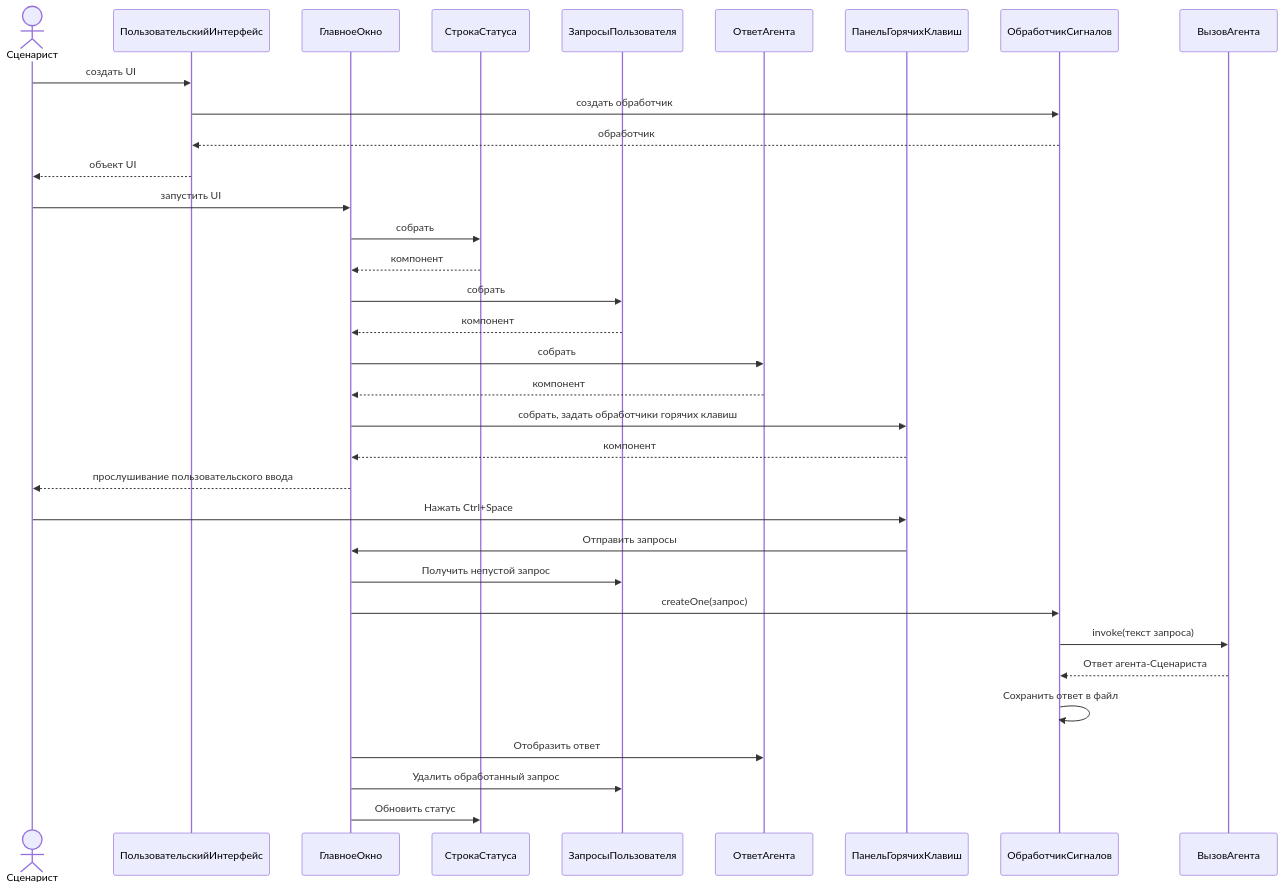
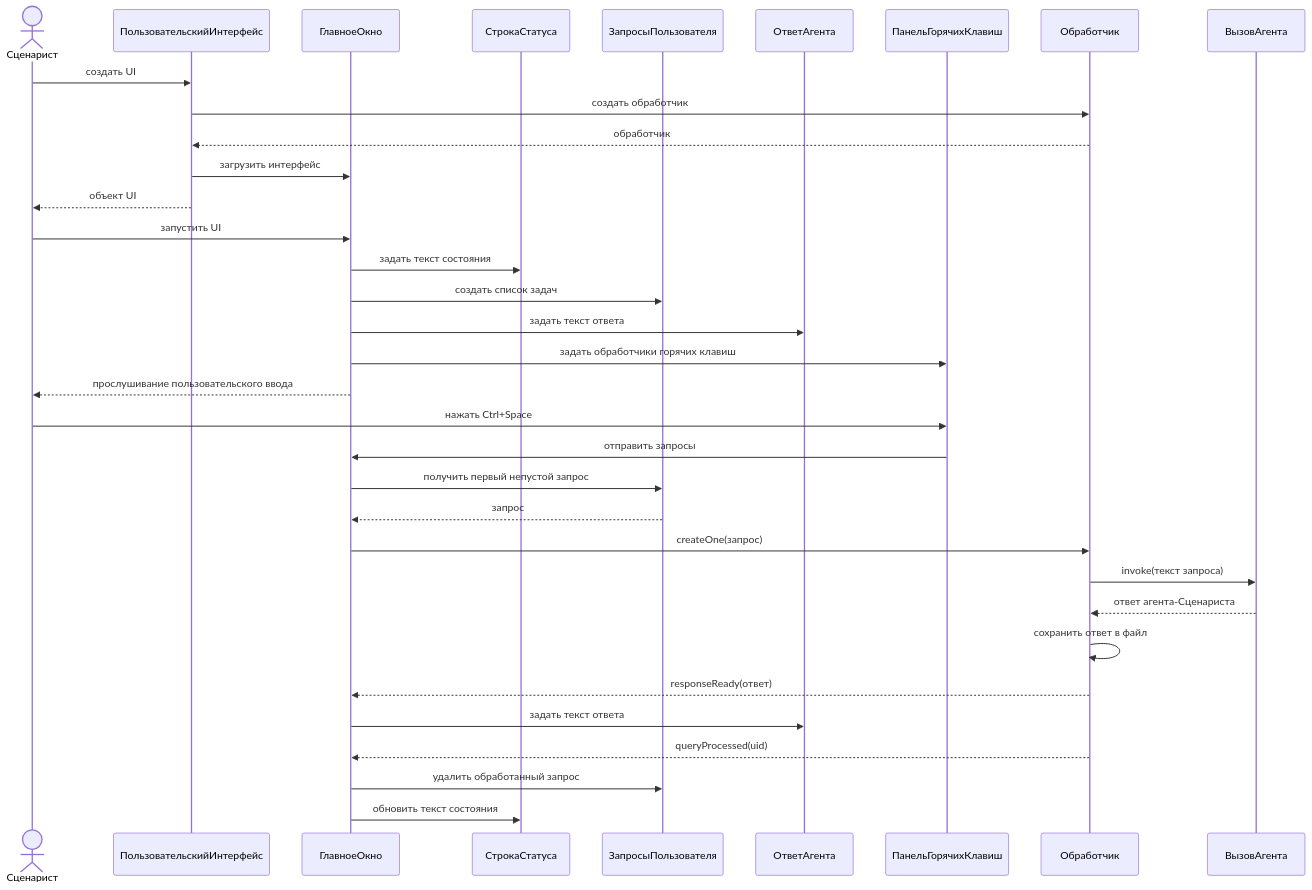
One commit to CHSU-scenarAIst/diagrammy changed the first of 3 diagrams in Пакет Интерфейс пользователя/2. Диаграмма последовательностей взаимодействия объектов классов пакета.md. Above: the diagram before and after it, drawn with Mermaid. The commit also changed other lines of this file and 13 other files, not shown here.

````diff
--- a/Пакет Интерфейс пользователя/2. Диаграмма последовательностей взаимодействия объектов классов пакета.md
+++ b/Пакет Интерфейс пользователя/2. Диаграмма последовательностей взаимодействия объектов классов пакета.md
@@ -16,39 +15,39 @@
 ```mermaid
 sequenceDiagram
     actor Сценарист
     participant ПользовательскийИнтерфейс
     participant ГлавноеОкно
     participant СтрокаСтатуса
     participant ЗапросыПользователя
     participant ОтветАгента
     participant ПанельГорячихКлавиш
-    participant ОбработчикСигналов
+    participant Обработчик
     participant ВызовАгента
 
  Сценарист->>ПользовательскийИнтерфейс: создать UI
-    ПользовательскийИнтерфейс->>ОбработчикСигналов: создать обработчик
- ОбработчикСигналов-->>ПользовательскийИнтерфейс: обработчик
+    ПользовательскийИнтерфейс->>Обработчик: создать обработчик
+ Обработчик-->>ПользовательскийИнтерфейс: обработчик
+ ПользовательскийИнтерфейс->>ГлавноеОкно: загрузить интерфейс
  ПользовательскийИнтерфейс-->>Сценарист: объект UI
     Сценарист->>ГлавноеОкно: запустить UI
 
-    ГлавноеОкно->>СтрокаСтатуса: собрать
-    СтрокаСтатуса-->>ГлавноеОкно: компонент
-    ГлавноеОкно->>ЗапросыПользователя: собрать
-    ЗапросыПользователя-->>ГлавноеОкно: компонент
-    ГлавноеОкно->>ОтветАгента: собрать
-    ОтветАгента-->>ГлавноеОкно: компонент
-    ГлавноеОкно->>ПанельГорячихКлавиш: собрать, задать обработчики горячих клавиш
-    ПанельГорячихКлавиш-->>ГлавноеОкно: компонент
+    ГлавноеОкно->>СтрокаСтатуса: задать текст состояния
+    ГлавноеОкно->>ЗапросыПользователя: создать список задач
+    ГлавноеОкно->>ОтветАгента: задать текст ответа
+    ГлавноеОкно->>ПанельГорячихКлавиш: задать обработчики горячих клавиш
     ГлавноеОкно-->>Сценарист: прослушивание пользовательского ввода
 
-    Сценарист->>ПанельГорячихКлавиш: Нажать Ctrl+Space
-    ПанельГорячихКлавиш->>ГлавноеОкно: Отправить запросы
-    ГлавноеОкно->>ЗапросыПользователя: Получить непустой запрос
-    ГлавноеОкно->>ОбработчикСигналов: createOne(запрос)
-    ОбработчикСигналов->>ВызовАгента: invoke(текст запроса)
-    ВызовАгента-->>ОбработчикСигналов: Ответ агента-Сценариста
-    ОбработчикСигналов->>ОбработчикСигналов: Сохранить ответ в файл
-    ГлавноеОкно->>ОтветАгента: Отобразить ответ
-    ГлавноеОкно->>ЗапросыПользователя: Удалить обработанный запрос
-    ГлавноеОкно->>СтрокаСтатуса: Обновить статус
+    Сценарист->>ПанельГорячихКлавиш: нажать Ctrl+Space
+    ПанельГорячихКлавиш->>ГлавноеОкно: отправить запросы
+    ГлавноеОкно->>ЗапросыПользователя: получить первый непустой запрос
+    ЗапросыПользователя-->>ГлавноеОкно: запрос
+    ГлавноеОкно->>Обработчик: createOne(запрос)
+    Обработчик->>ВызовАгента: invoke(текст запроса)
+    ВызовАгента-->>Обработчик: ответ агента-Сценариста
+    Обработчик->>Обработчик: сохранить ответ в файл
+    Обработчик-->>ГлавноеОкно: responseReady(ответ)
+    ГлавноеОкно->>ОтветАгента: задать текст ответа
+    Обработчик-->>ГлавноеОкно: queryProcessed(uid)
+    ГлавноеОкно->>ЗапросыПользователя: удалить обработанный запрос
+    ГлавноеОкно->>СтрокаСтатуса: обновить текст состояния
 ```
````
